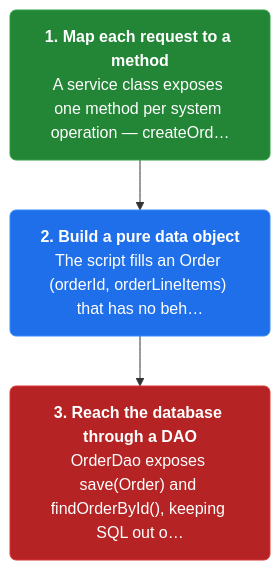
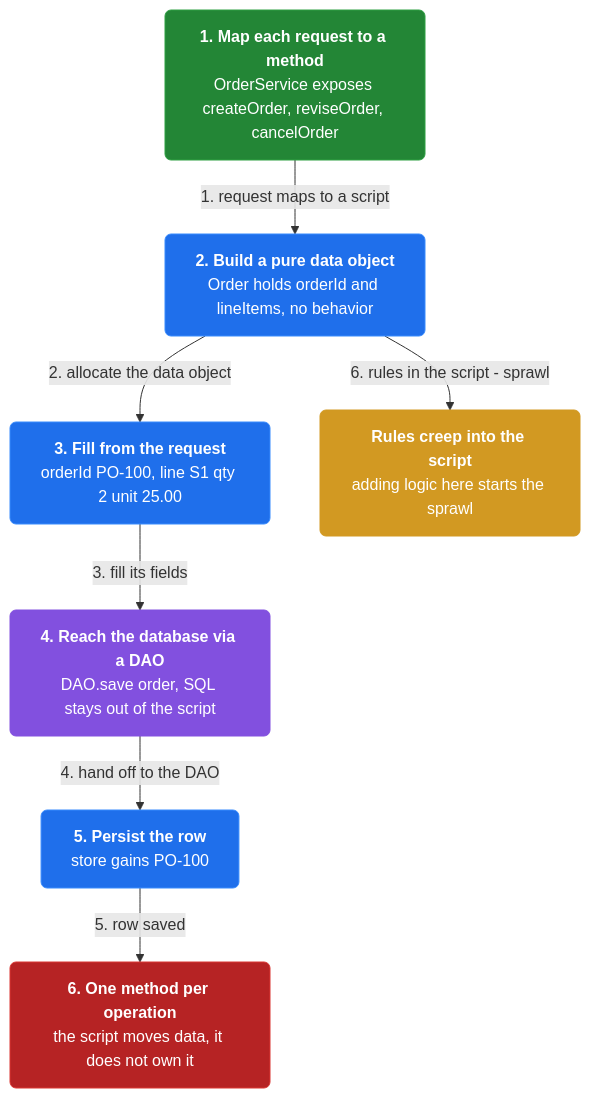
One commit to vinayakuber/microservices-io-study-guide changed the first of 3 diagrams in docs/ch20-transaction-script.md. Above: the diagram before and after it, drawn with Mermaid. The commit also changed other lines of this file and 46 other files, not shown here.

First line of the commit message:
Author rich branching flow diagrams for all 44 chapters

````diff
--- a/docs/ch20-transaction-script.md
+++ b/docs/ch20-transaction-script.md
@@ -13,11 +13,21 @@
 ```mermaid
 flowchart TD
-  classDef step fill:#1f6feb,color:#ffffff,stroke:#388bfd,stroke-width:1px,rx:6
+  classDef step fill:#1f6feb,color:#ffffff,stroke:#388bfd,rx:6
+  classDef core fill:#8250df,color:#ffffff,stroke:#8250df,rx:6
+  classDef warn fill:#d29922,color:#ffffff,stroke:#d29922,rx:6
   classDef start fill:#238636,color:#ffffff,stroke:#2ea043,rx:6
   classDef stop fill:#b62324,color:#ffffff,stroke:#da3633,rx:6
-  s0n0["<b>1. Map each request to a method</b><br/>A service class exposes one method per system operation — createOrd…"]:::start
-  s0n1["<b>2. Build a pure data object</b><br/>The script fills an Order (orderId, orderLineItems) that has no beh…"]:::step
-  s0n2["<b>3. Reach the database through a DAO</b><br/>OrderDao exposes save(Order) and findOrderById(), keeping SQL out o…"]:::stop
-  s0n0 --> s0n1
-  s0n1 --> s0n2
+  n0["<b>1. Map each request to a method</b><br/>OrderService exposes createOrder, reviseOrder, cancelOrder"]:::start
+  n1["<b>2. Build a pure data object</b><br/>Order holds orderId and lineItems, no behavior"]:::step
+  n2["<b>3. Fill from the request</b><br/>orderId PO-100, line S1 qty 2 unit 25.00"]:::step
+  n3["<b>4. Reach the database via a DAO</b><br/>DAO.save order, SQL stays out of the script"]:::core
+  n4["<b>5. Persist the row</b><br/>store gains PO-100"]:::step
+  n5["<b>6. One method per operation</b><br/>the script moves data, it does not own it"]:::stop
+  n6["<b>Rules creep into the script</b><br/>adding logic here starts the sprawl"]:::warn
+  n0 -->|"1. request maps to a script"| n1
+  n1 -->|"2. allocate the data object"| n2
+  n2 -->|"3. fill its fields"| n3
+  n3 -->|"4. hand off to the DAO"| n4
+  n4 -->|"5. row saved"| n5
+  n1 -->|"6. rules in the script - sprawl"| n6
 ```
````
